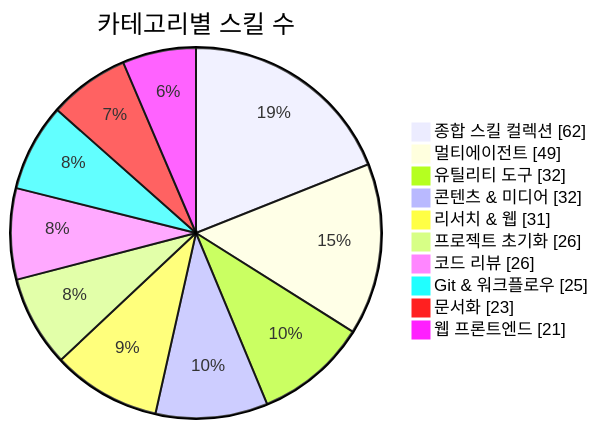
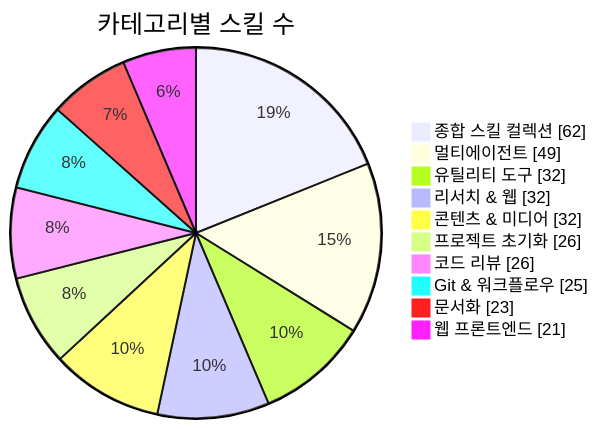
The first of 3 diagrams in README.md (J-nowcow/awesome-korean-agent-skills), drawn with Mermaid before and after one commit. The commit also changed other lines of this file and 4 other files, not shown here.

````diff
--- a/README.md
+++ b/README.md
@@ -176,14 +176,14 @@
 ```mermaid
 pie showData
     title 카테고리별 스킬 수
     "종합 스킬 컬렉션" : 62
     "멀티에이전트" : 49
     "유틸리티 도구" : 32
+    "리서치 & 웹" : 32
     "콘텐츠 & 미디어" : 32
-    "리서치 & 웹" : 31
     "프로젝트 초기화" : 26
     "코드 리뷰" : 26
     "Git & 워크플로우" : 25
     "문서화" : 23
     "웹 프론트엔드" : 21
 ```
````
